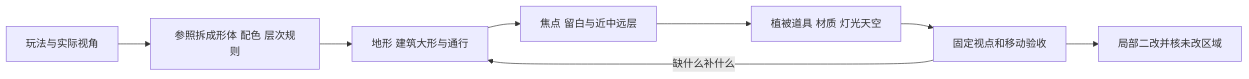
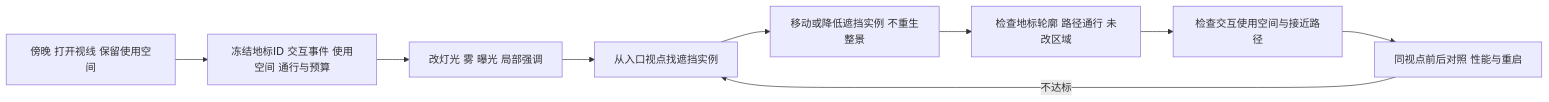
Before and after one commit to dbvv1/a1dbv: the second of 2 diagrams in domains/game-dev/assets/3d.md, drawn with Mermaid. The commit also changed other lines of this file and 2 other files, not shown here.

````diff
--- a/domains/game-dev/assets/3d.md
+++ b/domains/game-dev/assets/3d.md
@@ -162,10 +262,11 @@
 ```mermaid
 flowchart LR
-  A[玩法与实际视角] --> B[参照拆成形体 配色 层次规则]
-  B --> C[地形 建筑大形与通行]
-  C --> D[焦点 留白与近中远层]
-  D --> E[植被道具 材质 灯光天空]
-  E --> F[固定视点和移动验收]
-  F --> G[局部二改并核未改区域]
-  F -->|缺什么补什么| C
+  R[傍晚 打开视线 保留使用空间] --> F[冻结地标ID 交互事件 使用空间 通行与预算]
+  F --> L[改灯光 雾 曝光 局部强调]
+  L --> V[从入口视点找遮挡实例]
+  V --> M[移动或降低遮挡实例 不重生整景]
+  M --> C[检查地标轮廓 路径通行 未改区域]
+  C --> U[检查交互使用空间与接近路径]
+  U --> P[同视点前后对照 性能与重启]
+  P -->|不达标| V
 ```
````
